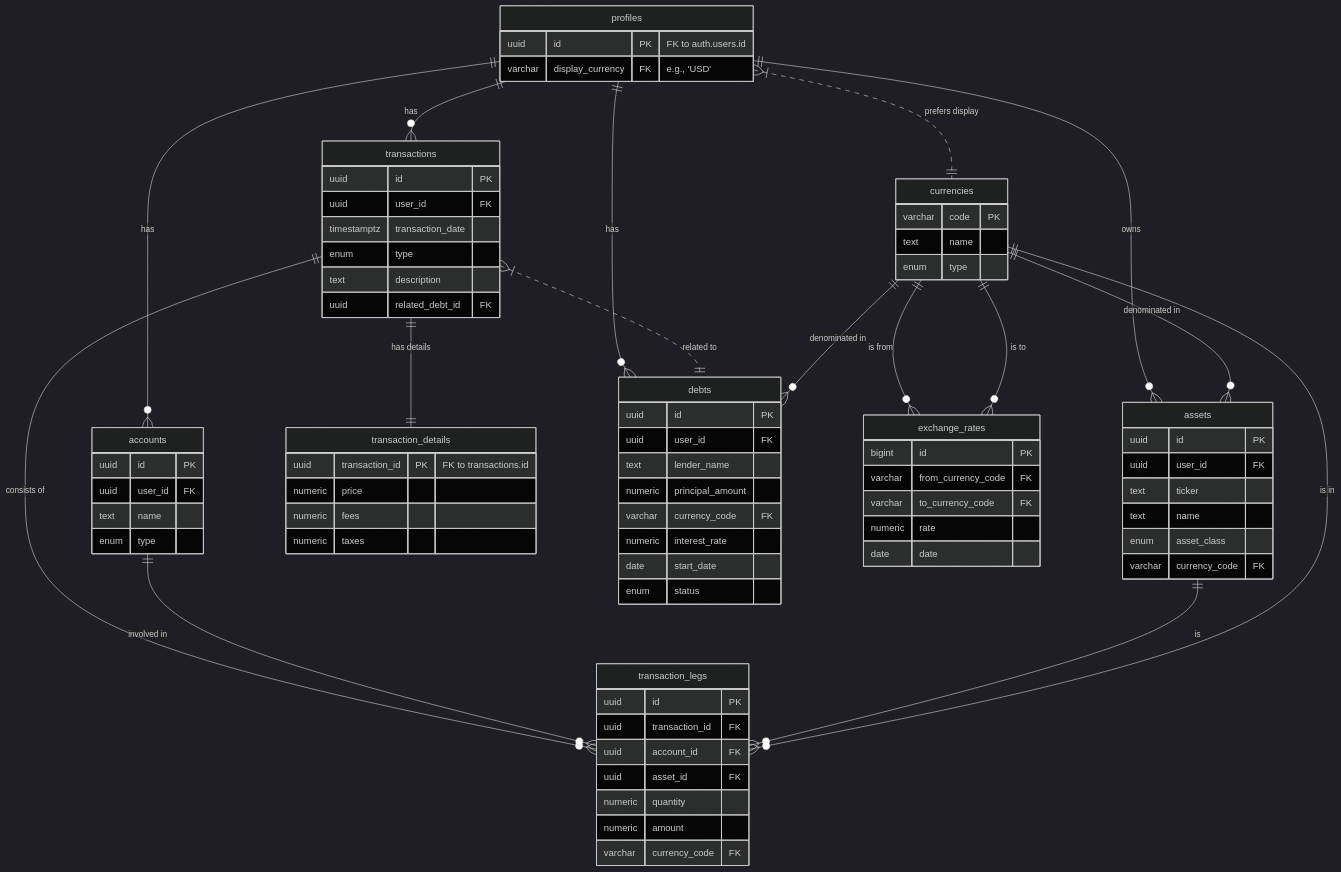
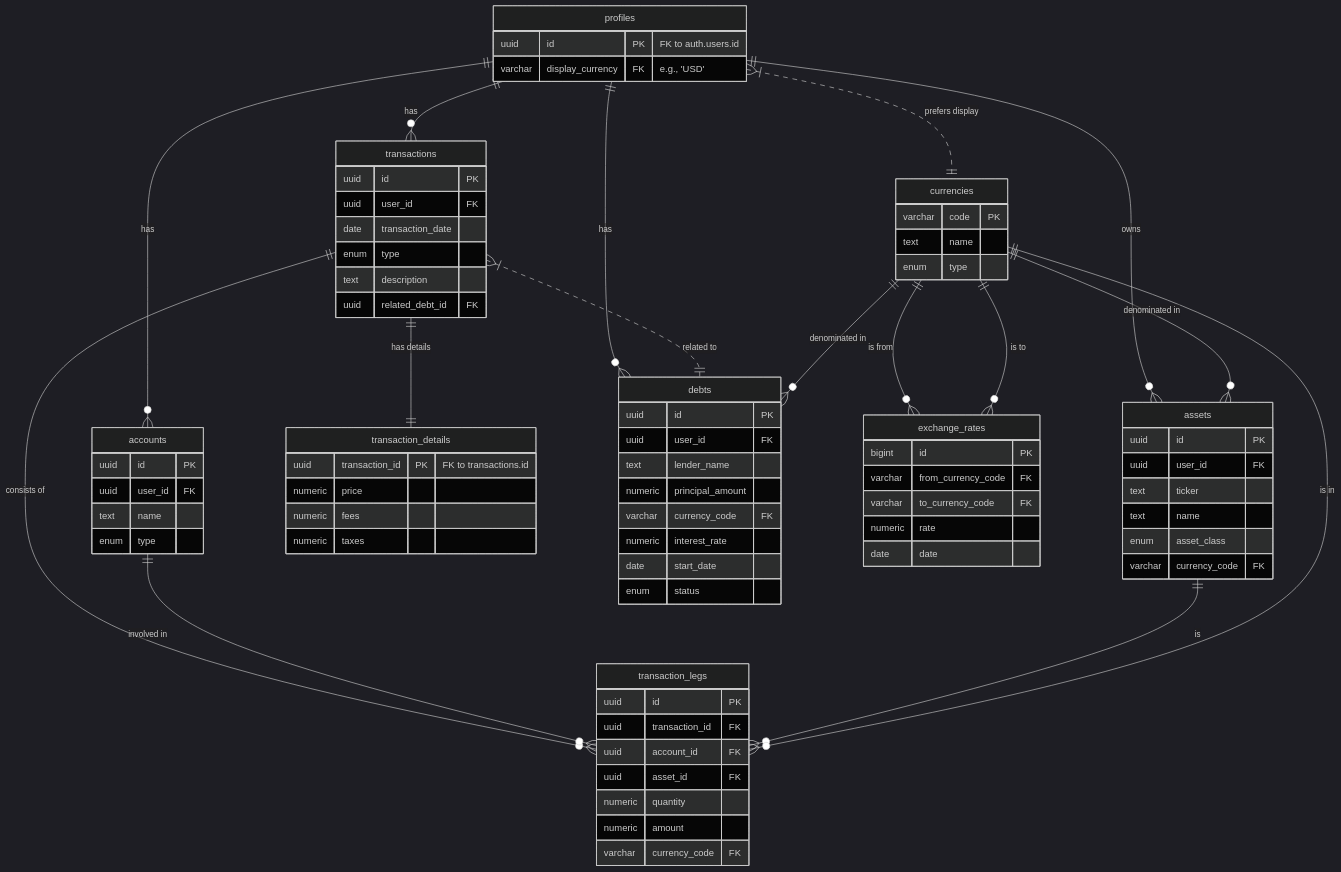
Before and after one commit to ntvinh1602/portfolio-app: the diagram in docs/DATABASE_SCHEMA.md, drawn with Mermaid (dark theme). The commit also changed other lines of this file and 3 other files, not shown here.

Commit message:
Update database schema: change transaction_date type to DATE and add 'conceptual' to account_type enum

```diff
--- a/docs/DATABASE_SCHEMA.md
+++ b/docs/DATABASE_SCHEMA.md
@@ -34,7 +34,7 @@
     transactions {
         uuid id PK
         uuid user_id FK
-        timestamptz transaction_date
+        date transaction_date
         enum type
         text description
         uuid related_debt_id FK
```
